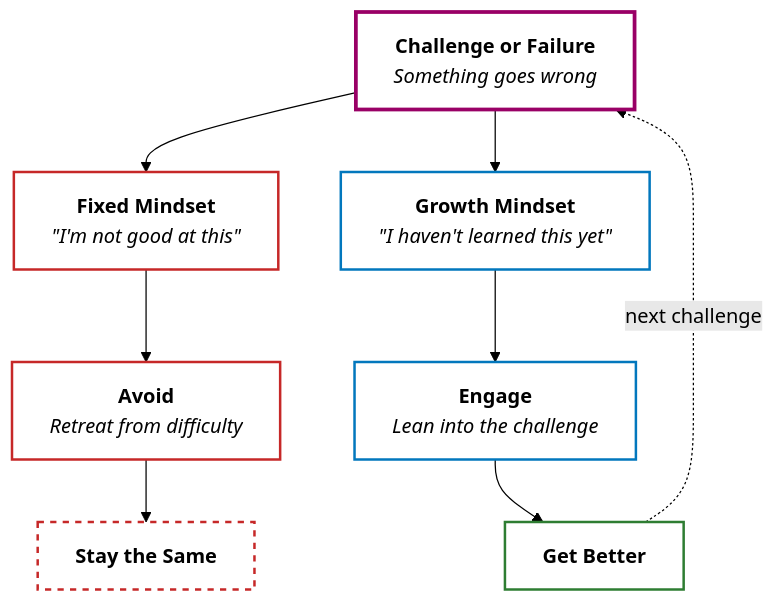
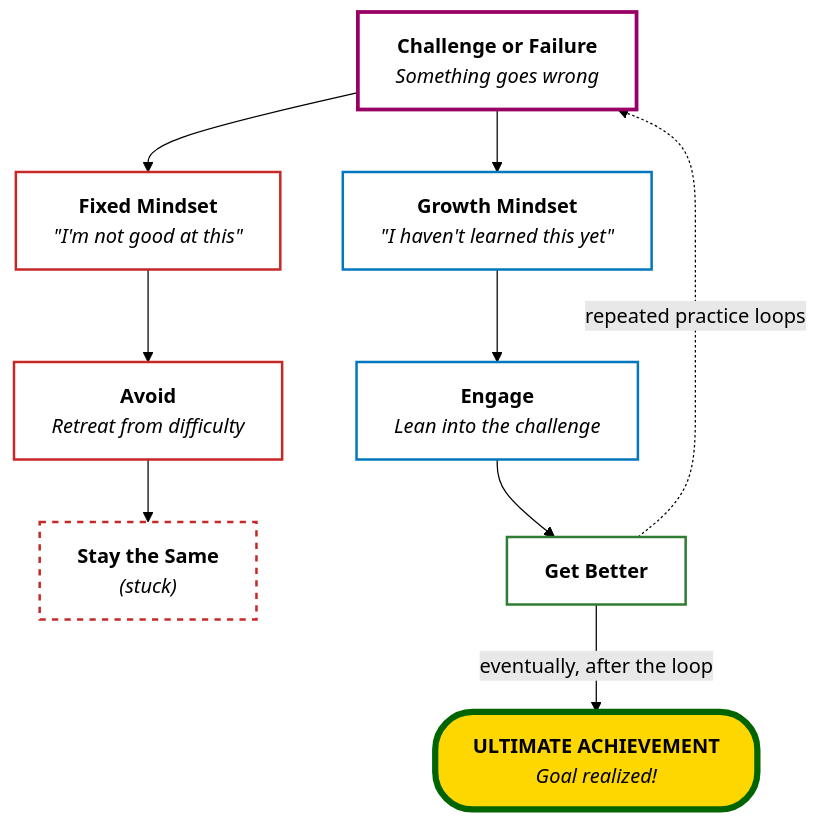
One commit to b0yu-li/b0yu-li.github.io changed the diagram in _posts/2026-03-20-growth-mindset.md. Above: the diagram before and after it, drawn with Mermaid (forest theme). The commit also changed other lines of this file, not shown here.

````diff
--- a/_posts/2026-03-20-growth-mindset.md
+++ b/_posts/2026-03-20-growth-mindset.md
@@ -37,27 +36,30 @@
 ```mermaid
 graph TD
     Trigger["<b>Challenge or Failure</b><br/><i>Something goes wrong</i>"]
 
     Trigger --> Fixed["<b>Fixed Mindset</b><br/><i>&quot;I'm not good at this&quot;</i>"]
     Trigger --> Growth["<b>Growth Mindset</b><br/><i>&quot;I haven't learned this yet&quot;</i>"]
 
     Fixed --> Avoid["<b>Avoid</b><br/><i>Retreat from difficulty</i>"]
     Growth --> Engage["<b>Engage</b><br/><i>Lean into the challenge</i>"]
 
-    Avoid --> Stagnate["<b>Stay the Same</b>"]
+    Avoid --> Stagnate["<b>Stay the Same</b><br/><i>(stuck)</i>"]
     Engage --> Improve["<b>Get Better</b>"]
 
-    Improve -.->|next challenge| Trigger
+    Improve -.->|repeated practice loops| Trigger
+    Improve -->|eventually, after the loop| Success["<b>ULTIMATE ACHIEVEMENT</b><br/><i>Goal realized!</i>"]
 
     classDef trigger fill:#fff,stroke:#906,stroke-width:3px,color:#000;
     classDef fixed fill:#fff,stroke:#c62828,stroke-width:2px,color:#000;
     classDef growth fill:#fff,stroke:#0277bd,stroke-width:2px,color:#000;
     classDef stagnate fill:#fff,stroke:#c62828,stroke-width:2px,stroke-dasharray: 5 5,color:#000;
     classDef improve fill:#fff,stroke:#2e7d32,stroke-width:2px,color:#000;
+    classDef success fill:#FFD700,stroke:#006400,stroke-width:5px,color:#000,rx:30,ry:30;
 
     class Trigger trigger;
     class Fixed,Avoid fixed;
     class Growth,Engage growth;
     class Stagnate stagnate;
     class Improve improve;
+    class Success success;
 ```
````
